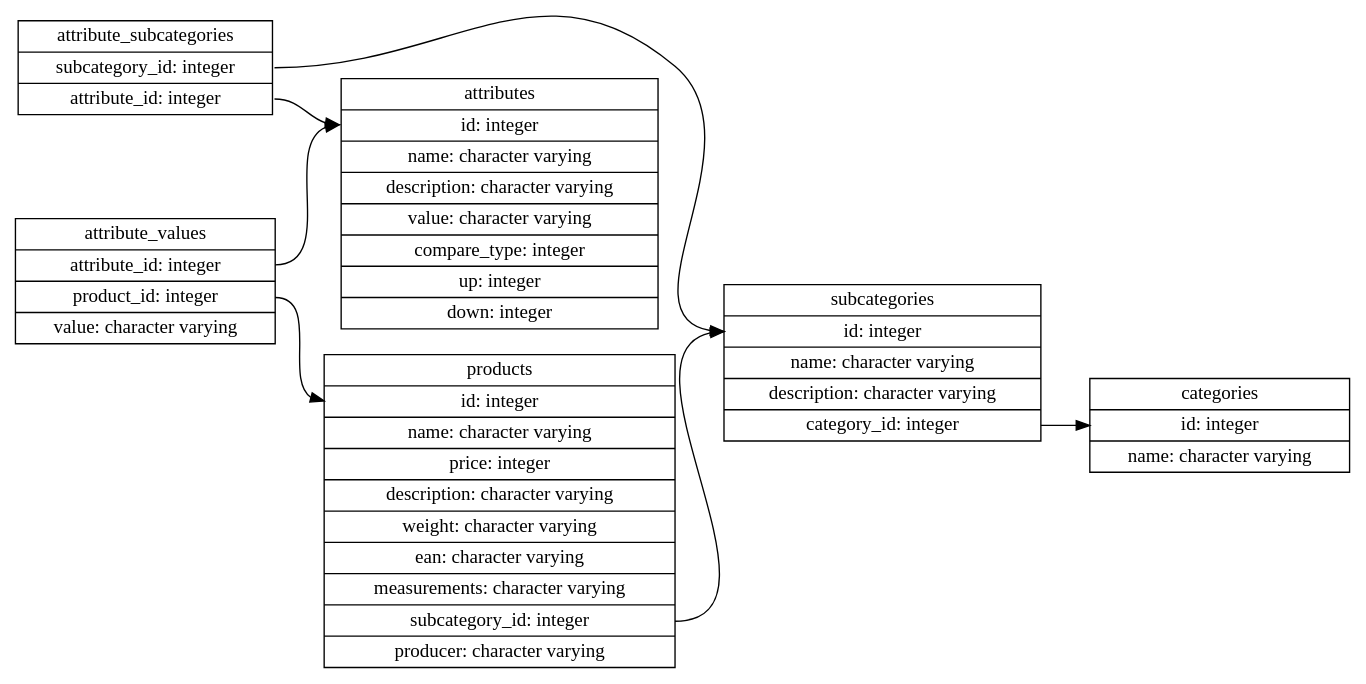
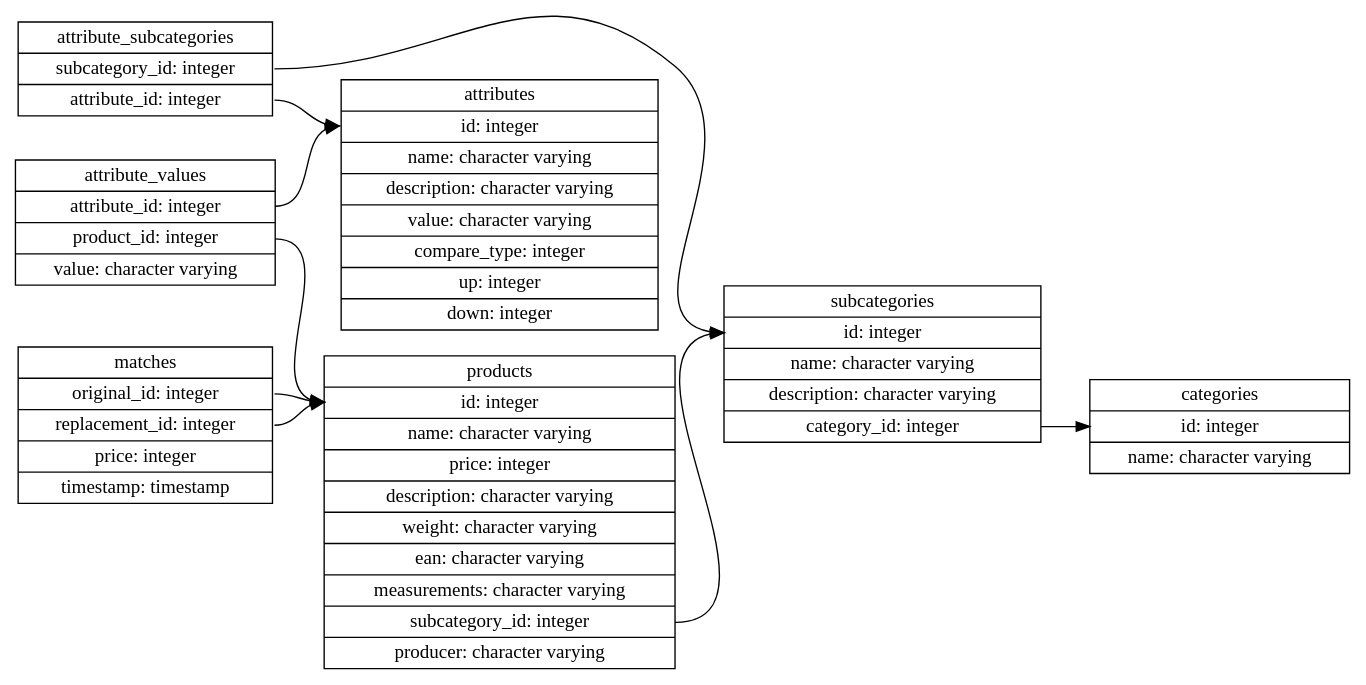
One commit to AlexanderEkdahl/snowstorm changed the diagram in sql/erd.gv. Above: the diagram before and after it, drawn with Graphviz.

Commit message:
Updated ERD diagram with matches

```diff
--- a/sql/erd.gv
+++ b/sql/erd.gv
@@ -1,17 +1,20 @@
 digraph models_diagram {
   graph[rankdir=LR, overlap=false, splines=true]
 
   attribute_subcategories [shape=record, label="attribute_subcategories|<subcategory_id>subcategory_id: integer|<attribute_id>attribute_id: integer"]
   attribute_values [shape=record, label="attribute_values|<attribute_id> attribute_id: integer|<product_id> product_id: integer|<value> value: character varying"]
   attributes [shape=record, label="attributes|<id> id: integer|name: character varying|description: character varying|value: character varying|compare_type: integer|up: integer|down: integer"]
   categories [shape=record, label="categories|<id> id: integer|name: character varying"]
   products [shape=record, label="products|<id> id: integer|name: character varying|price: integer|description: character varying|weight: character varying|ean: character varying|measurements: character varying|<subcategory_id>subcategory_id: integer|producer: character varying"]
   subcategories [shape=record, label="subcategories|<id> id: integer|name: character varying|description: character varying|<category_id>category_id: integer"]
+  matches [shape=record, label="matches|<original_id> original_id: integer|<replacement_id> replacement_id: integer|price: integer|timestamp: timestamp"]
 
   attribute_subcategories:attribute_id -> attributes:id;
   attribute_subcategories:subcategory_id -> subcategories:id;
   attribute_values:attribute_id -> attributes:id;
   attribute_values:product_id -> products:id;
   products:subcategory_id -> subcategories:id;
   subcategories:category_id -> categories:id;
+  matches:original_id -> products:id;
+  matches:replacement_id -> products:id;
 }
```
